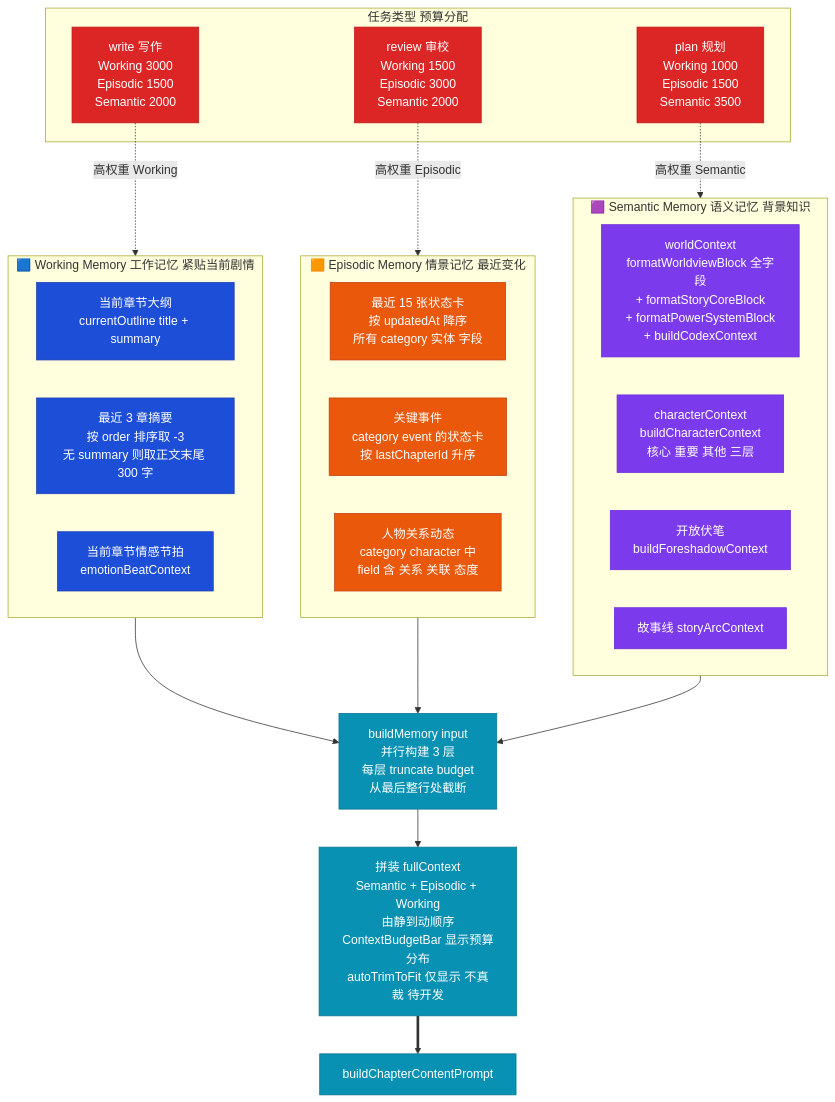
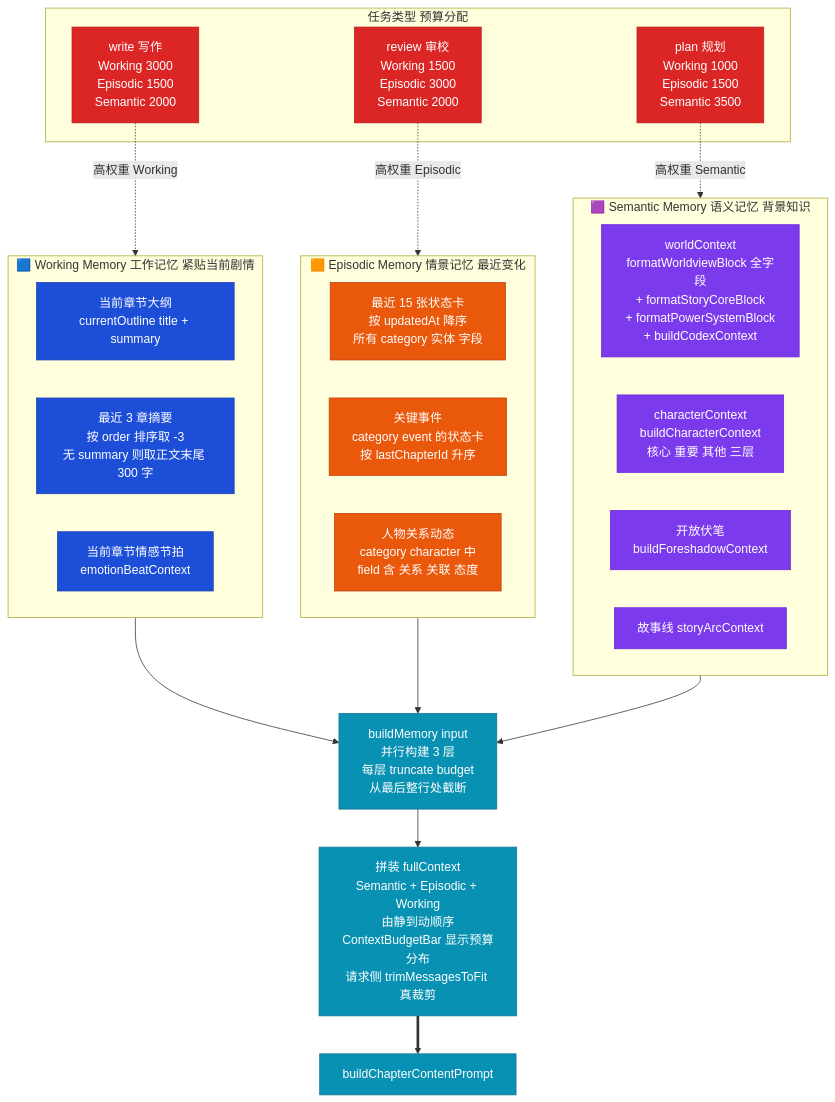
One commit to yuanbw2025/my-website changed the tenth of 15 diagrams in docs/DATA-FLOW-DIAGRAM.md. Above: the diagram before and after it, drawn with Mermaid. The commit also changed other lines of this file and 104 other files, not shown here.

````diff
--- a/docs/DATA-FLOW-DIAGRAM.md
+++ b/docs/DATA-FLOW-DIAGRAM.md
@@ -936,52 +937,52 @@
 ```mermaid
 flowchart TB
     subgraph TASK["任务类型 预算分配"]
         T_WRITE["write 写作<br/>Working 3000<br/>Episodic 1500<br/>Semantic 2000"]
         T_PLAN["plan 规划<br/>Working 1000<br/>Episodic 1500<br/>Semantic 3500"]
         T_REVIEW["review 审校<br/>Working 1500<br/>Episodic 3000<br/>Semantic 2000"]
     end
 
     subgraph WM["🟦 Working Memory 工作记忆 紧贴当前剧情"]
         WM1["当前章节大纲<br/>currentOutline title + summary"]
         WM2["最近 3 章摘要<br/>按 order 排序取 -3<br/>无 summary 则取正文末尾 300 字"]
         WM3["当前章节情感节拍<br/>emotionBeatContext"]
     end
 
     subgraph EM["🟧 Episodic Memory 情景记忆 最近变化"]
         EM1["最近 15 张状态卡<br/>按 updatedAt 降序<br/>所有 category 实体 字段"]
         EM2["关键事件<br/>category event 的状态卡<br/>按 lastChapterId 升序"]
         EM3["人物关系动态<br/>category character 中<br/>field 含 关系 关联 态度"]
     end
 
     subgraph SM["🟪 Semantic Memory 语义记忆 背景知识"]
         SM1["worldContext<br/>formatWorldviewBlock 全字段<br/>+ formatStoryCoreBlock<br/>+ formatPowerSystemBlock<br/>+ buildCodexContext"]
         SM2["characterContext<br/>buildCharacterContext<br/>核心 重要 其他 三层"]
         SM3["开放伏笔<br/>buildForeshadowContext"]
         SM4["故事线 storyArcContext"]
     end
 
     T_WRITE -.高权重 Working.-> WM
     T_PLAN -.高权重 Semantic.-> SM
     T_REVIEW -.高权重 Episodic.-> EM
 
     BUILD["buildMemory input<br/>并行构建 3 层<br/>每层 truncate budget<br/>从最后整行处截断"]
 
     WM --> BUILD
     EM --> BUILD
     SM --> BUILD
 
-    OUT["拼装 fullContext<br/>Semantic + Episodic + Working<br/>由静到动顺序<br/>ContextBudgetBar 显示预算分布<br/>autoTrimToFit 仅显示 不真裁 待开发"]
+    OUT["拼装 fullContext<br/>Semantic + Episodic + Working<br/>由静到动顺序<br/>ContextBudgetBar 显示预算分布<br/>请求侧 trimMessagesToFit 真裁剪"]
     BUILD --> OUT
     OUT ==> CHAPGEN["buildChapterContentPrompt"]
 
     classDef task fill:#dc2626,stroke:#b91c1c,color:#fff;
     classDef wm fill:#1d4ed8,stroke:#1e40af,color:#fff;
     classDef em fill:#ea580c,stroke:#c2410c,color:#fff;
     classDef sm fill:#7c3aed,stroke:#6d28d9,color:#fff;
     classDef build fill:#0891b2,stroke:#0e7490,color:#fff;
     class T_WRITE,T_PLAN,T_REVIEW task
     class WM1,WM2,WM3 wm
     class EM1,EM2,EM3 em
     class SM1,SM2,SM3,SM4 sm
     class BUILD,OUT,CHAPGEN build
 ```
````
